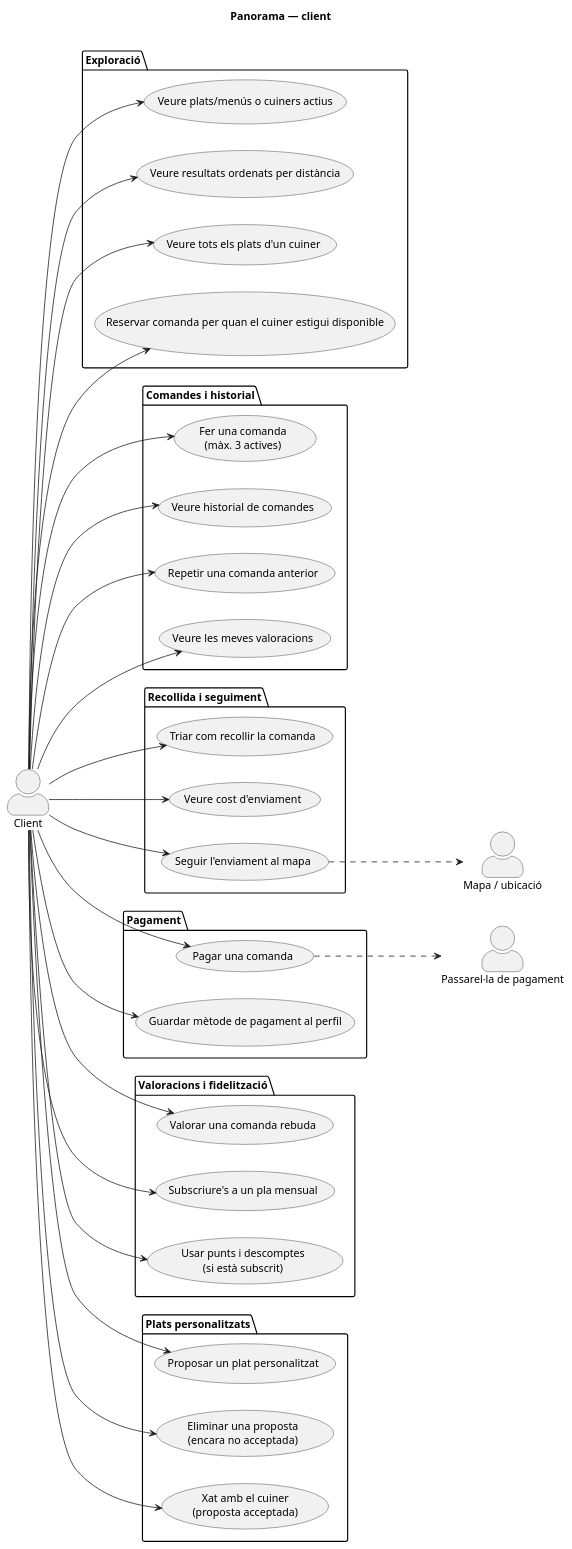
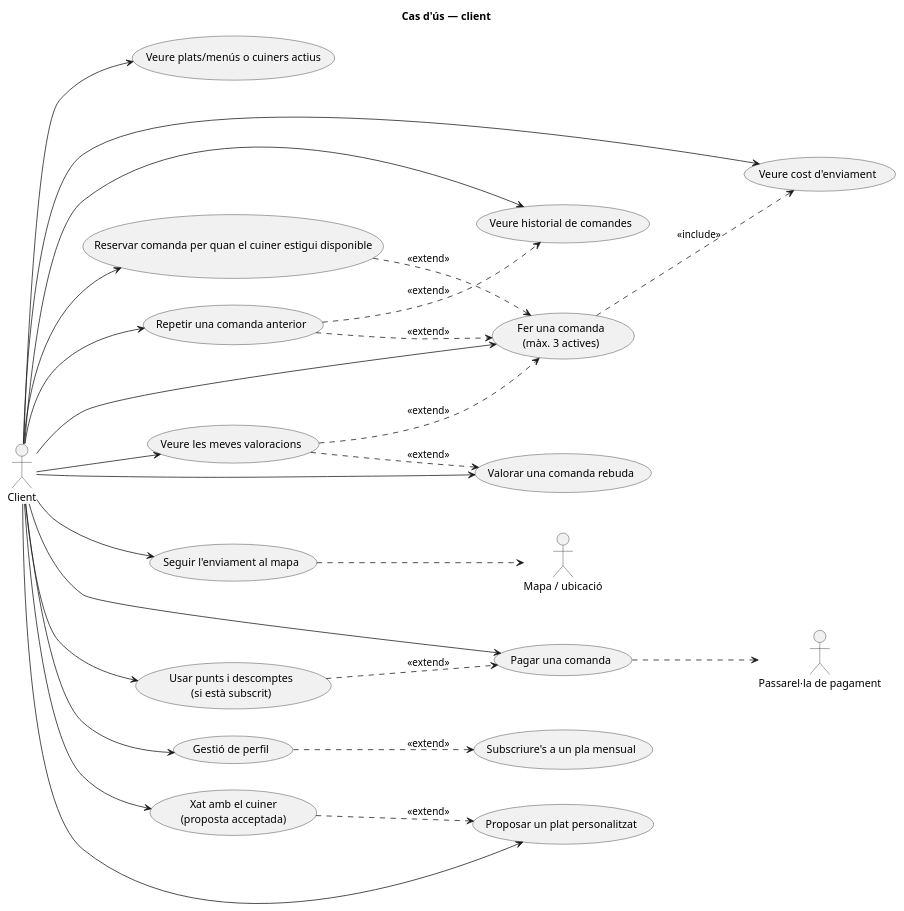
The diagram in diagrames/Us/generals/overview-client.puml (enricalv03/ES23UAB-411-08), drawn with PlantUML before and after one commit. The commit also changed 3 other files, not shown here.

```diff
--- a/diagrames/Us/generals/overview-client.puml
+++ b/diagrames/Us/generals/overview-client.puml
@@ -1,67 +1,65 @@
 @startuml us-overview-client
-skinparam actorStyle awesome
+skinparam actorStyle stickman
 left to right direction
 
-title Panorama — client\n
+title Cas d'ús — client
 
 actor Client
 actor "Mapa / ubicació" as Mapa
 actor "Passarel·la de pagament" as Pay
 
+usecase "Veure plats/menús o cuiners actius" as C1
+usecase "Reservar comanda per quan el cuiner estigui disponible" as C4
 
-package "Exploració" {
-  usecase "Veure plats/menús o cuiners actius" as C1
-  usecase "Veure resultats ordenats per distància" as C2
-  usecase "Veure tots els plats d'un cuiner" as C3
-  usecase "Reservar comanda per quan el cuiner estigui disponible" as C4
-}
-package "Comandes i historial" {
-  usecase "Fer una comanda\n(màx. 3 actives)" as C5
-  usecase "Veure historial de comandes" as C6
-  usecase "Repetir una comanda anterior" as C7
-  usecase "Veure les meves valoracions" as C8
-}
-package "Recollida i seguiment" {
-  usecase "Triar com recollir la comanda" as C9
-  usecase "Veure cost d'enviament" as C10
-  usecase "Seguir l'enviament al mapa" as C11
-}
-package "Pagament" {
-  usecase "Pagar una comanda" as C12
-  usecase "Guardar mètode de pagament al perfil" as C13
-}
-package "Valoracions i fidelització" {
-  usecase "Valorar una comanda rebuda" as C14
-  usecase "Subscriure's a un pla mensual" as C15
-  usecase "Usar punts i descomptes\n(si està subscrit)" as C16
-}
-package "Plats personalitzats" {
-  usecase "Proposar un plat personalitzat" as C17
-  usecase "Eliminar una proposta\n(encara no acceptada)" as C18
-  usecase "Xat amb el cuiner\n(proposta acceptada)" as C19
-}
+usecase "Fer una comanda\n(màx. 3 actives)" as C5
+usecase "Veure historial de comandes" as C6
+usecase "Repetir una comanda anterior" as C7
+usecase "Veure les meves valoracions" as C8
+
+'usecase "Triar com recollir la comanda" as C9
+usecase "Veure cost d'enviament" as C10
+usecase "Seguir l'enviament al mapa" as C11
+
+usecase "Pagar una comanda" as C12
+'usecase "Guardar mètode de pagament al perfil" as C13
+
+usecase "Valorar una comanda rebuda" as C14
+usecase "Subscriure's a un pla mensual" as C15
+usecase "Gestió de perfil" as C20
+usecase "Usar punts i descomptes\n(si està subscrit)" as C16
+
+usecase "Proposar un plat personalitzat" as C17
+usecase "Xat amb el cuiner\n(proposta acceptada)" as C19
+
 
 Client --> C1
-Client --> C2
-Client --> C3
 Client --> C4
 Client --> C5
 Client --> C6
 Client --> C7
 Client --> C8
-Client --> C9
 Client --> C10
 Client --> C11
 Client --> C12
-Client --> C13
+'Client --> C13
 Client --> C14
-Client --> C15
 Client --> C16
 Client --> C17
-Client --> C18
 Client --> C19
+Client --> C20
+
+C7 ..> C6 : <<extend>>
+C4 ..> C5 : <<extend>>
+C8 ..> C5 : <<extend>>
+C7 ..> C5 : <<extend>>
+C8 ..> C14 : <<extend>>
+C16 ..> C12 : <<extend>>
+C19 ..> C17 : <<extend>>
+C20 ..> C15 : <<extend>>
+
+C5 ..> C10 : <<include>>
 
 C11 ..> Mapa
 C12 ..> Pay
 
 @enduml
```
